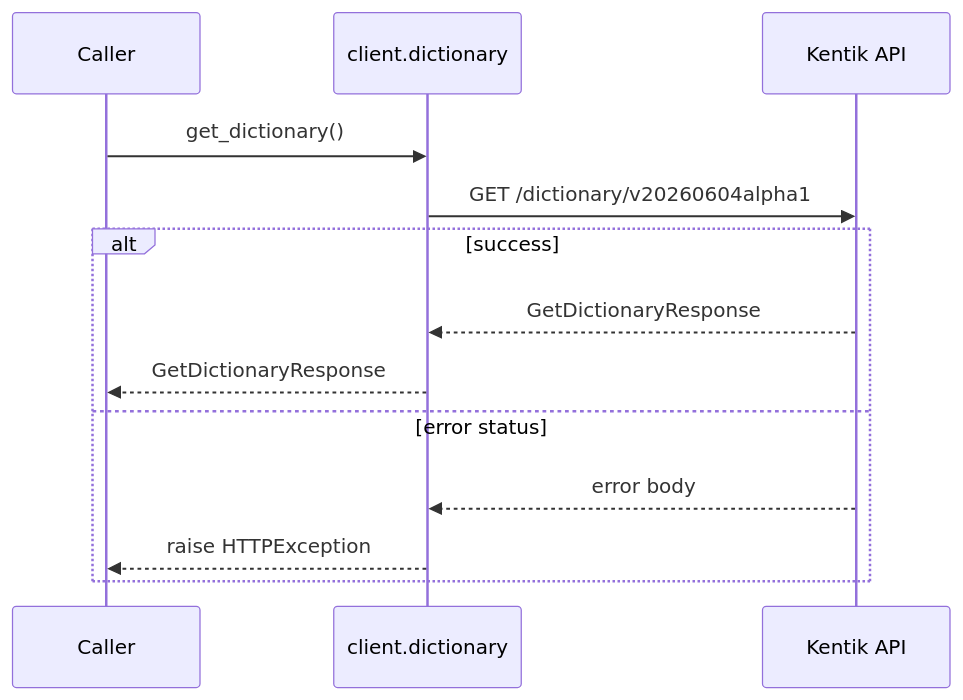
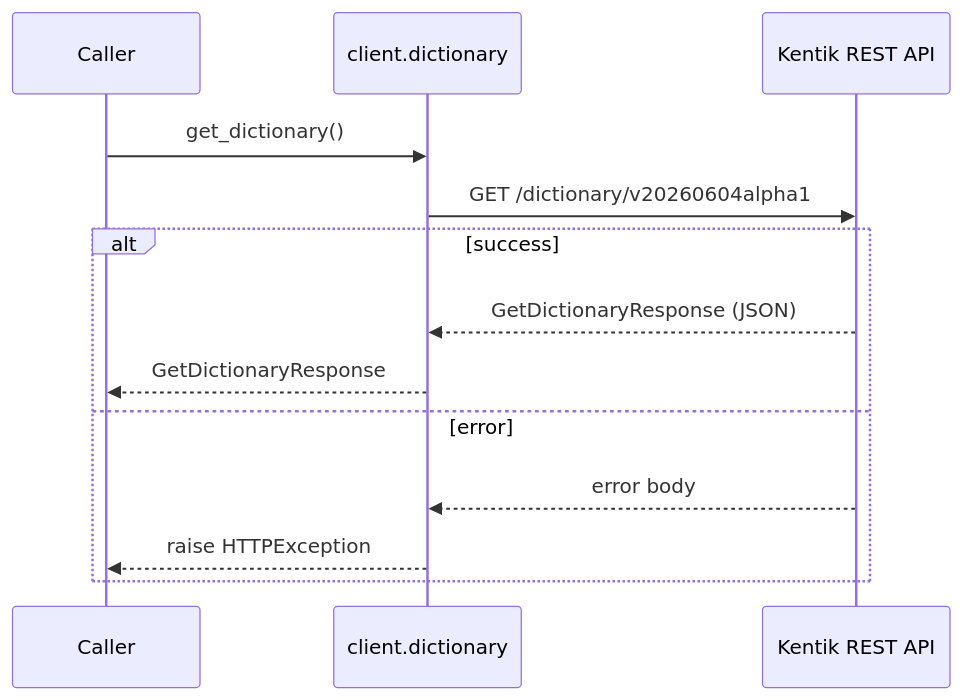
The second of 4 diagrams in docs/sphinx/services/dictionary.md (alexdearaujo/community_sdk_python), drawn with Mermaid before and after one commit. The commit also changed other lines of this file and 61 other files, not shown here.

````diff
--- a/docs/sphinx/services/dictionary.md
+++ b/docs/sphinx/services/dictionary.md
@@ -33,16 +35,16 @@
 ```mermaid
 sequenceDiagram
     participant C as Caller
     participant W as client.dictionary
-    participant API as Kentik API
+    participant API as Kentik REST API
 
     C->>W: get_dictionary()
     W->>API: GET /dictionary/v20260604alpha1
     alt success
-        API-->>W: GetDictionaryResponse
+        API-->>W: GetDictionaryResponse (JSON)
         W-->>C: GetDictionaryResponse
-    else error status
+    else error
         API-->>W: error body
         W-->>C: raise HTTPException
     end
 ```
````
